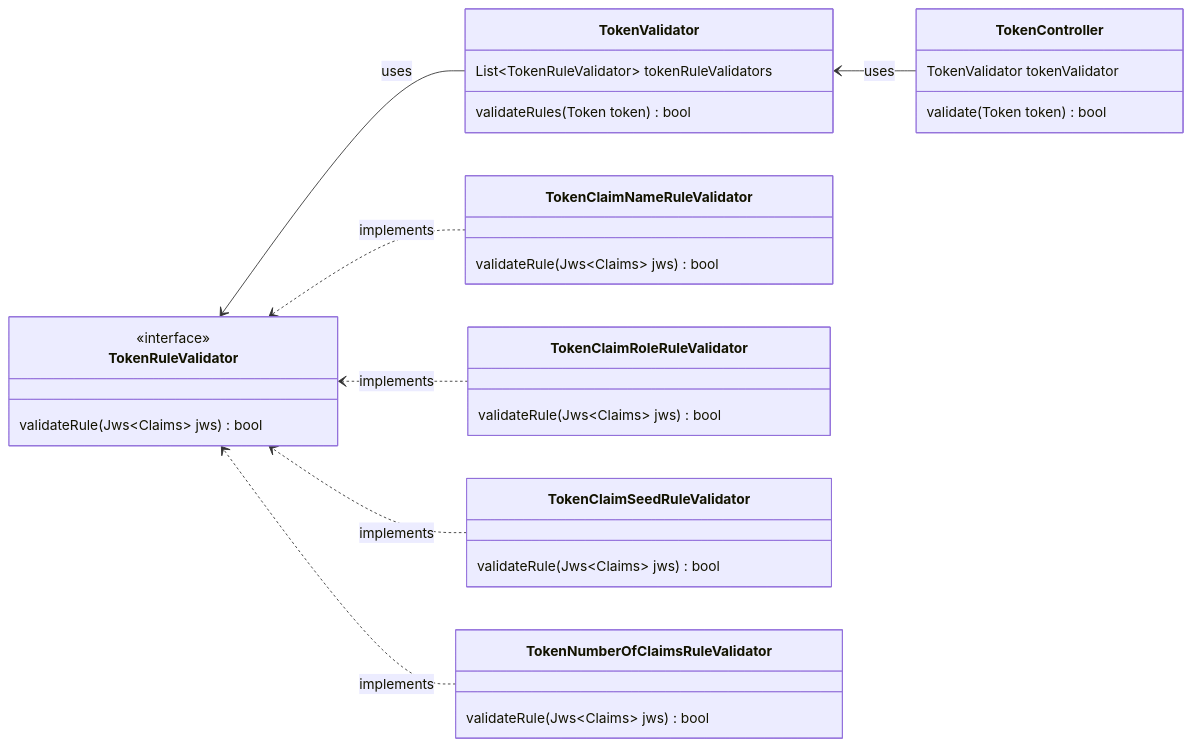
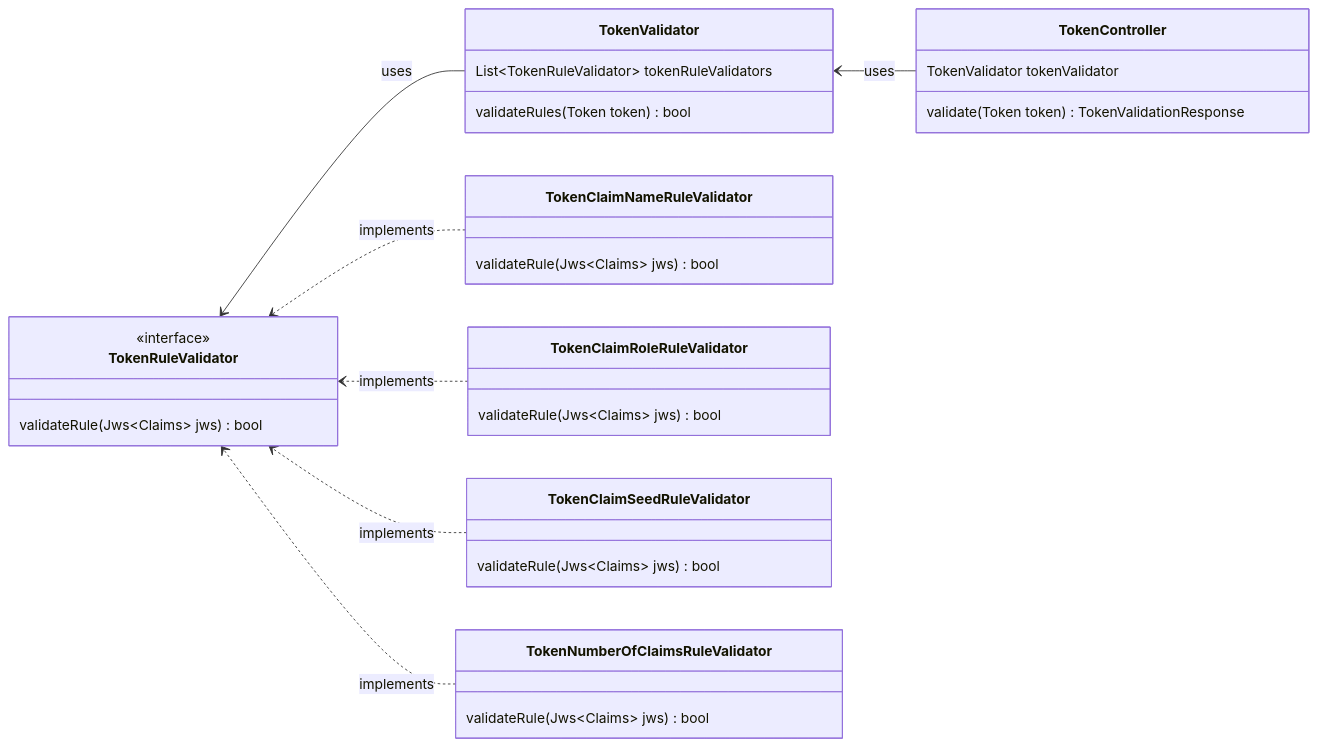
Before and after one commit to luikyv/backend-challenge: the diagram in README.md, drawn with Mermaid. The commit also changed other lines of this file and 3 other files, not shown here.

````diff
--- a/README.md
+++ b/README.md
@@ -19,36 +36,36 @@
 ```mermaid
 classDiagram
     direction RL
     TokenController --> TokenValidator: uses
     TokenValidator --> TokenRuleValidator: uses
     
     TokenClaimNameRuleValidator ..> TokenRuleValidator: implements
     TokenClaimRoleRuleValidator ..> TokenRuleValidator: implements
     TokenClaimSeedRuleValidator ..> TokenRuleValidator: implements
     TokenNumberOfClaimsRuleValidator ..> TokenRuleValidator: implements
     
     class TokenController {
         TokenValidator tokenValidator
-        validate(Token token) bool
+        validate(Token token) TokenValidationResponse
     }
     class TokenValidator {
         List~TokenRuleValidator~ tokenRuleValidators
         validateRules(Token token) bool
     }
     class TokenRuleValidator {
         <<interface>>
         validateRule(Jws~Claims~ jws) bool
     }
     class TokenNumberOfClaimsRuleValidator {
         validateRule(Jws~Claims~ jws) bool
     }
     class TokenClaimNameRuleValidator {
         validateRule(Jws~Claims~ jws) bool
     }
     class TokenClaimRoleRuleValidator {
         validateRule(Jws~Claims~ jws) bool
     }
     class TokenClaimSeedRuleValidator {
         validateRule(Jws~Claims~ jws) bool
     }
 ```
````
